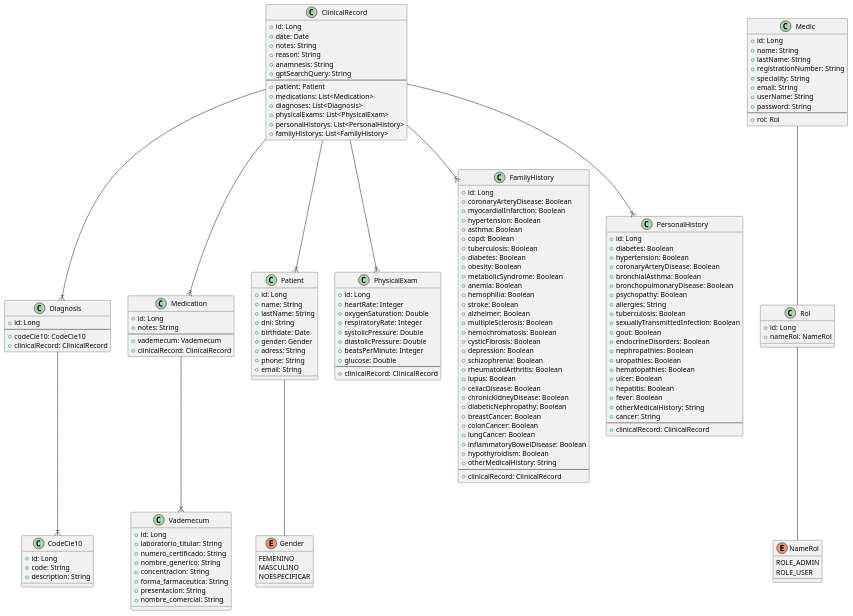
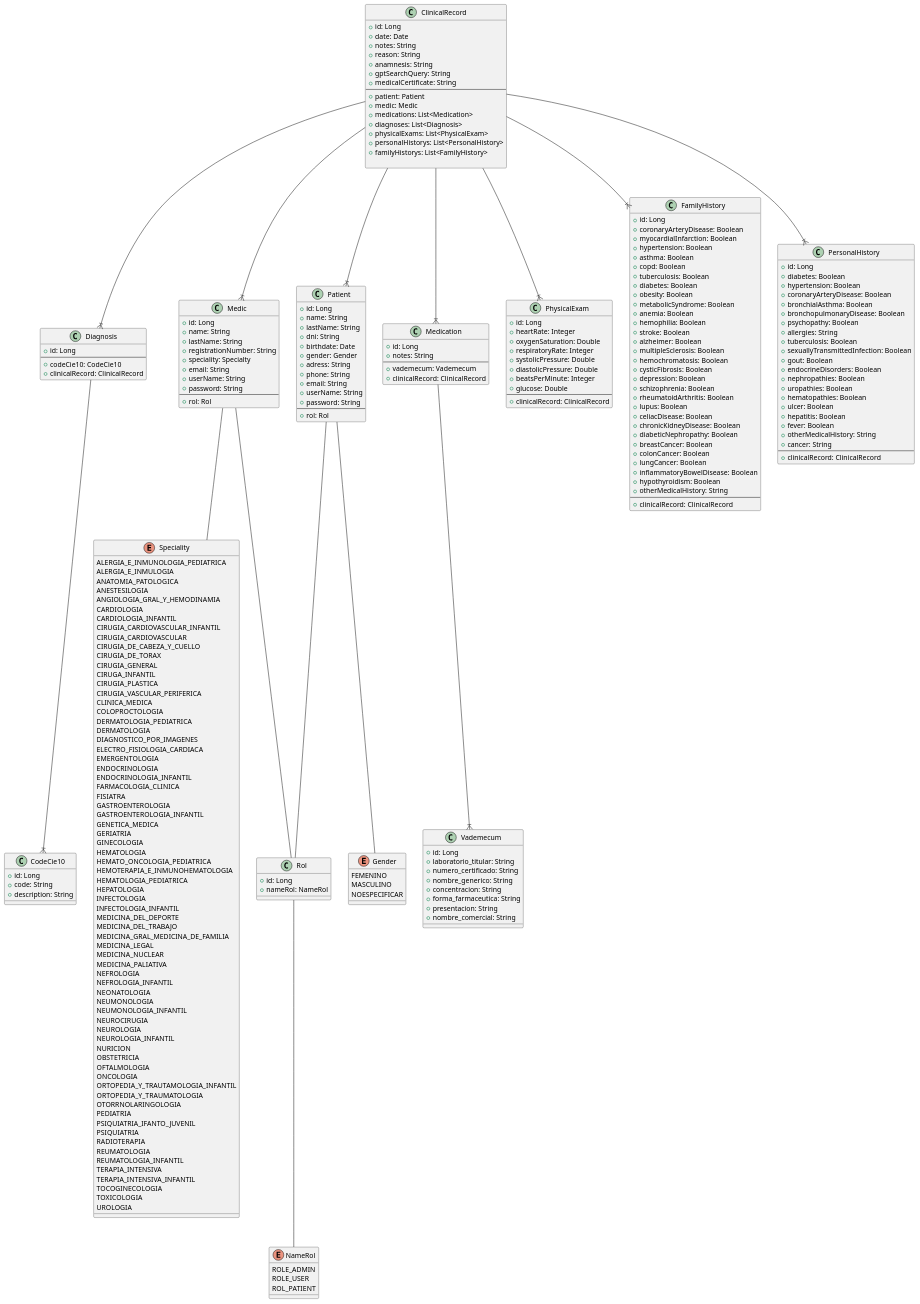
The diagram in src/main/resources/HistoriaClinica.puml (genesismeli/Trabajo-Intgrador---IB), drawn with PlantUML before and after one commit. The commit also changed 61 other files, not shown here.

```diff
--- a/src/main/resources/HistoriaClinica.puml
+++ b/src/main/resources/HistoriaClinica.puml
@@ -7,13 +7,16 @@
     + reason: String
     + anamnesis: String
     + gptSearchQuery: String
+    + medicalCertificate: String
     --
     + patient: Patient
+    + medic: Medic
     + medications: List<Medication>
     + diagnoses: List<Diagnosis>
     + physicalExams: List<PhysicalExam>
     + personalHistorys: List<PersonalHistory>
     + familyHistorys: List<FamilyHistory>
+
 }
 
 class Medic {
@@ -21,7 +24,7 @@
     + name: String
     + lastName: String
     + registrationNumber: String
-    + speciality: String
+    + speciality: Specialty
     + email: String
     + userName: String
     + password: String
@@ -60,7 +63,12 @@
     + adress: String
     + phone: String
     + email: String
+    + userName: String
+    + password: String
+    --
+    + rol: Rol
 }
+
 
 class PhysicalExam {
     + id: Long
@@ -160,8 +168,83 @@
 enum NameRol {
     ROLE_ADMIN
     ROLE_USER
+    ROL_PATIENT
 }
 
+enum Speciality {
+    ALERGIA_E_INMUNOLOGIA_PEDIATRICA
+    ALERGIA_E_INMULOGIA
+    ANATOMIA_PATOLOGICA
+    ANESTESILOGIA
+    ANGIOLOGIA_GRAL_Y_HEMODINAMIA
+    CARDIOLOGIA
+    CARDIOLOGIA_INFANTIL
+    CIRUGIA_CARDIOVASCULAR_INFANTIL
+    CIRUGIA_CARDIOVASCULAR
+    CIRUGIA_DE_CABEZA_Y_CUELLO
+    CIRUGIA_DE_TORAX
+    CIRUGIA_GENERAL
+    CIRUGA_INFANTIL
+    CIRUGIA_PLASTICA
+    CIRUGIA_VASCULAR_PERIFERICA
+    CLINICA_MEDICA
+    COLOPROCTOLOGIA
+    DERMATOLOGIA_PEDIATRICA
+    DERMATOLOGIA
+    DIAGNOSTICO_POR_IMAGENES
+    ELECTRO_FISIOLOGIA_CARDIACA
+    EMERGENTOLOGIA
+    ENDOCRINOLOGIA
+    ENDOCRINOLOGIA_INFANTIL
+    FARMACOLOGIA_CLINICA
+    FISIATRA
+    GASTROENTEROLOGIA
+    GASTROENTEROLOGIA_INFANTIL
+    GENETICA_MEDICA
+    GERIATRIA
+    GINECOLOGIA
+    HEMATOLOGIA
+    HEMATO_ONCOLOGIA_PEDIATRICA
+    HEMOTERAPIA_E_INMUNOHEMATOLOGIA
+    HEMATOLOGIA_PEDIATRICA
+    HEPATOLOGIA
+    INFECTOLOGIA
+    INFECTOLOGIA_INFANTIL
+    MEDICINA_DEL_DEPORTE
+    MEDICINA_DEL_TRABAJO
+    MEDICINA_GRAL_MEDICINA_DE_FAMILIA
+    MEDICINA_LEGAL
+    MEDICINA_NUCLEAR
+    MEDICINA_PALIATIVA
+    NEFROLOGIA
+    NEFROLOGIA_INFANTIL
+    NEONATOLOGIA
+    NEUMONOLOGIA
+    NEUMONOLOGIA_INFANTIL
+    NEUROCIRUGIA
+    NEUROLOGIA
+    NEUROLOGIA_INFANTIL
+    NURICION
+    OBSTETRICIA
+    OFTALMOLOGIA
+    ONCOLOGIA
+    ORTOPEDIA_Y_TRAUTAMOLOGIA_INFANTIL
+    ORTOPEDIA_Y_TRAUMATOLOGIA
+    OTORRNOLARINGOLOGIA
+    PEDIATRIA
+    PSIQUIATRIA_IFANTO_JUVENIL
+    PSIQUIATRIA
+    RADIOTERAPIA
+    REUMATOLOGIA
+    REUMATOLOGIA_INFANTIL
+    TERAPIA_INTENSIVA
+    TERAPIA_INTENSIVA_INFANTIL
+    TOCOGINECOLOGIA
+    TOXICOLOGIA
+    UROLOGIA
+}
+
+ClinicalRecord --|{ Medic
 ClinicalRecord --|{ Patient
 ClinicalRecord --|{ Medication
 ClinicalRecord --|{ Diagnosis
@@ -175,7 +258,11 @@
 
 Patient -- Gender
 
+Patient -- Rol
+
 Medic -- Rol
+
+Medic -- Speciality
 
 Rol -- NameRol
 
```
